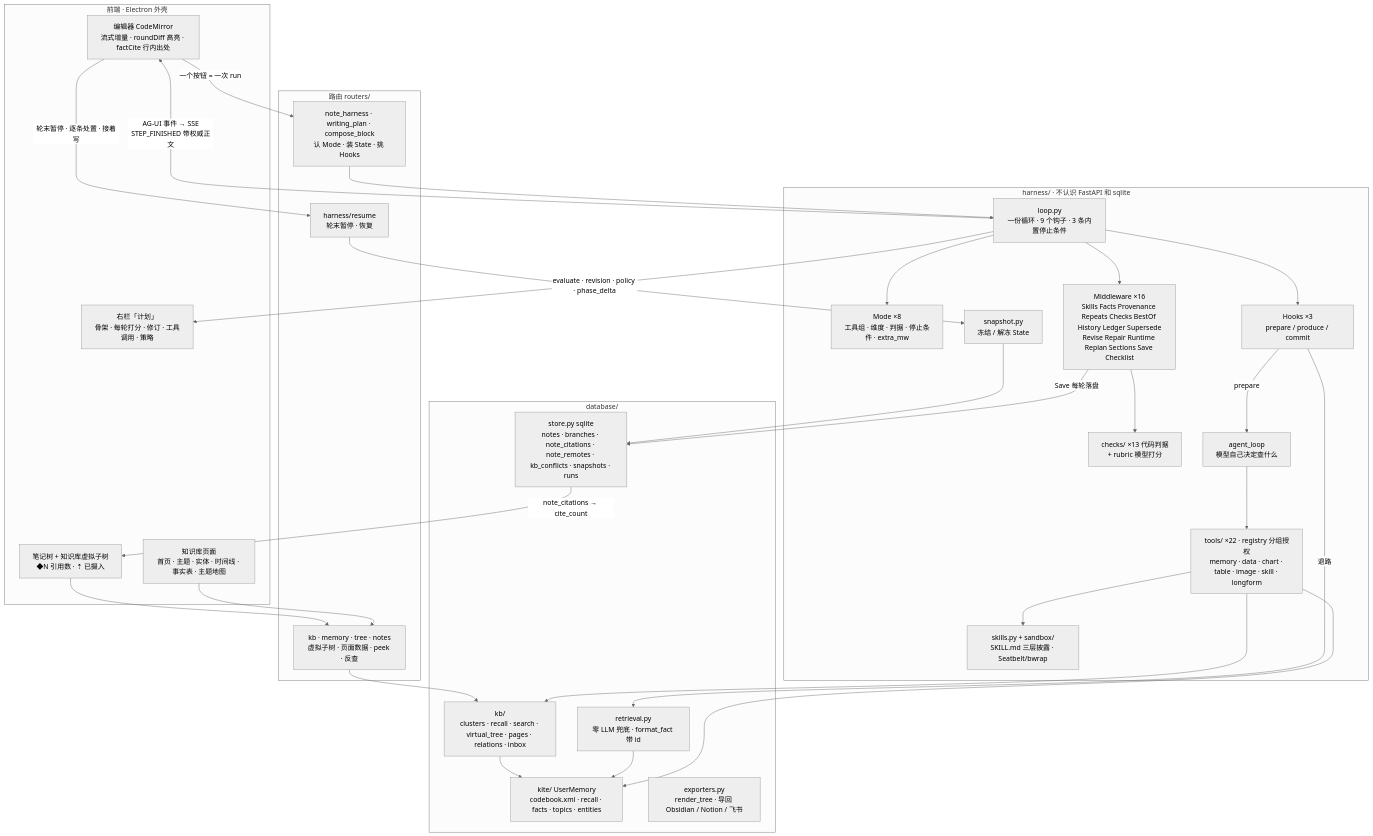
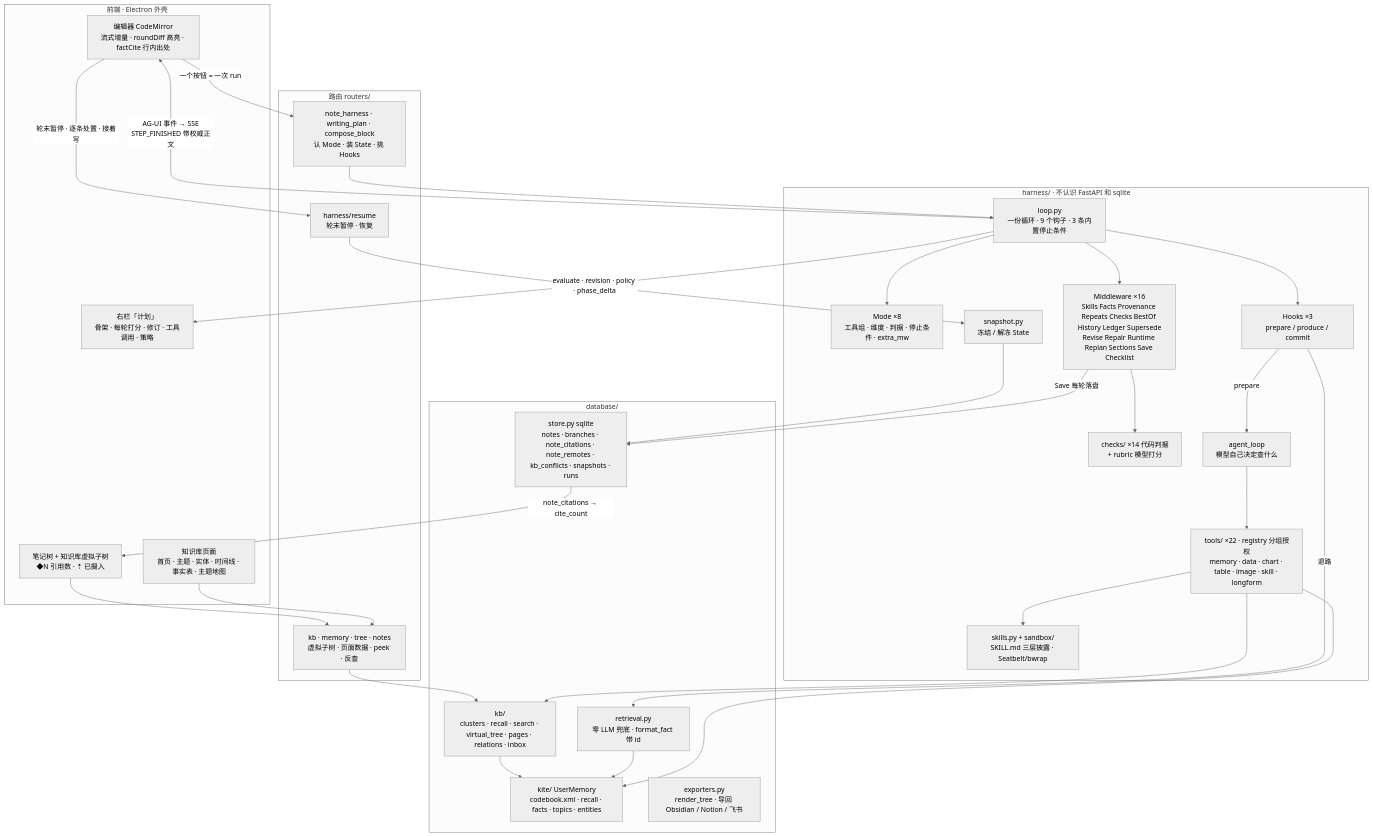
Before and after one commit to huilongbaba/MEMOKET_NOTE: the diagram in docs/harness-framework.md, drawn with Mermaid (neutral theme). The commit also changed other lines of this file and 32 other files, not shown here.

````diff
--- a/docs/harness-framework.md
+++ b/docs/harness-framework.md
@@ -41,60 +41,60 @@
 ```mermaid
 flowchart TB
   subgraph UI["前端 · Electron 外壳"]
     ED["编辑器 CodeMirror<br/>流式增量 · roundDiff 高亮 · factCite 行内出处"]
     PLAN["右栏「计划」<br/>骨架 · 每轮打分 · 修订 · 工具调用 · 策略"]
     TREE["笔记树 + 知识库虚拟子树<br/>◆N 引用数 · ⇡ 已摄入"]
     KBP["知识库页面<br/>首页 · 主题 · 实体 · 时间线 · 事实表 · 主题地图"]
   end
 
   subgraph API["路由 routers/"]
     NH["note_harness · writing_plan · compose_block<br/>认 Mode · 装 State · 挑 Hooks"]
     RS["harness/resume<br/>轮末暂停 · 恢复"]
     KBR["kb · memory · tree · notes<br/>虚拟子树 · 页面数据 · peek · 反查"]
   end
 
   subgraph H["harness/ · 不认识 FastAPI 和 sqlite"]
     LOOP["loop.py<br/>一份循环 · 9 个钩子 · 3 条内置停止条件"]
     MODE["Mode ×8<br/>工具组 · 维度 · 判据 · 停止条件 · extra_mw"]
     HOOKS["Hooks ×3<br/>prepare / produce / commit"]
     MW["Middleware ×16<br/>Skills Facts Provenance Repeats Checks BestOf History Ledger Supersede<br/>Revise Repair Runtime Replan Sections Save Checklist"]
-    CHK["checks/ ×13 代码判据<br/>+ rubric 模型打分"]
+    CHK["checks/ ×14 代码判据<br/>+ rubric 模型打分"]
     TOOLS["tools/ ×22 · registry 分组授权<br/>memory · data · chart · table · image · skill · longform"]
     AL["agent_loop<br/>模型自己决定查什么"]
     SK["skills.py + sandbox/<br/>SKILL.md 三层披露 · Seatbelt/bwrap"]
     SNAP["snapshot.py<br/>冻结 / 解冻 State"]
   end
 
   subgraph DB["database/"]
     STORE["store.py sqlite<br/>notes · branches · note_citations · note_remotes · kb_conflicts · snapshots · runs"]
     KITE["kite/ UserMemory<br/>codebook.xml · recall · facts · topics · entities"]
     KB["kb/<br/>clusters · recall · search · virtual_tree · pages · relations · inbox"]
     EXP["exporters.py<br/>render_tree · 导回 Obsidian / Notion / 飞书"]
     RET["retrieval.py<br/>零 LLM 兜底 · format_fact 带 id"]
   end
 
   ED -- "一个按钮 = 一次 run" --> NH
   NH --> LOOP
   LOOP --> MODE
   LOOP --> HOOKS
   LOOP --> MW
   MW --> CHK
   HOOKS -- prepare --> AL
   AL --> TOOLS
   TOOLS --> KITE
   TOOLS --> KB
   TOOLS --> SK
   HOOKS -- 退路 --> RET
   RET --> KITE
   MW -- Save 每轮落盘 --> STORE
   SNAP --> STORE
   RS --> SNAP
   LOOP -- "AG-UI 事件 → SSE<br/>STEP_FINISHED 带权威正文" --> ED
   LOOP -- "evaluate · revision · policy · phase_delta" --> PLAN
   STORE -- "note_citations → cite_count" --> TREE
   KBR --> KB
   KB --> KITE
   KBP --> KBR
   TREE --> KBR
   ED -- "轮末暂停 · 逐条处置 · 接着写" --> RS
 ```
````
